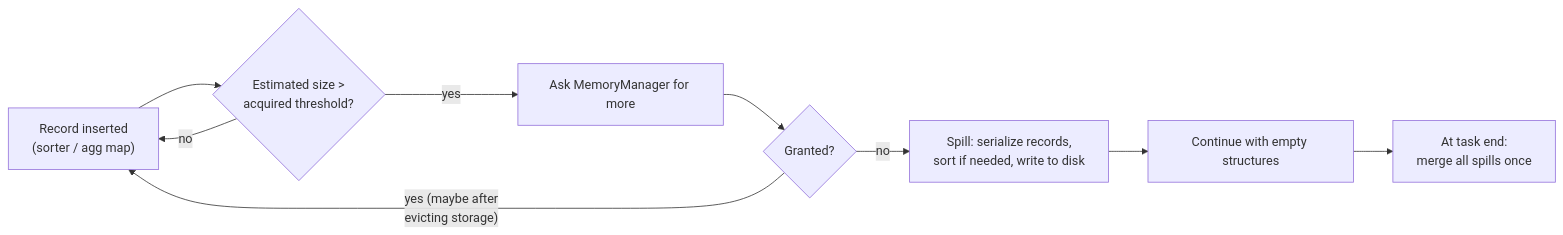
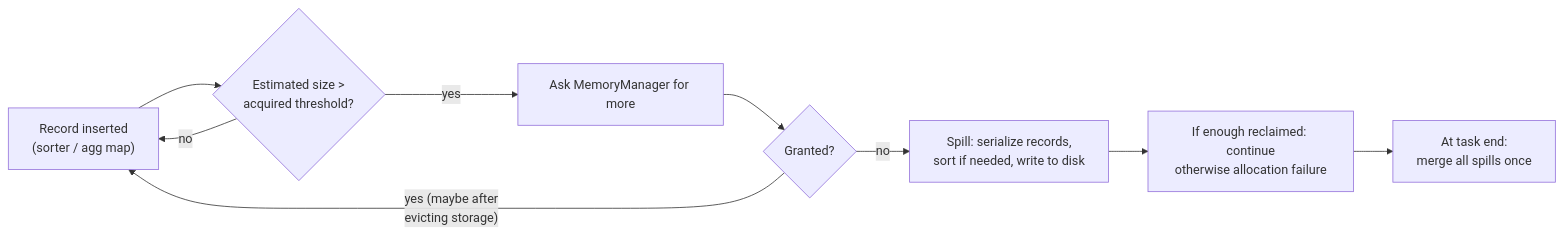
One commit to abhinnaagrawal/system-design-notes changed the second of 2 diagrams in Core Concepts/Spark Internals/02 - Memory Management & Disk Spilling.md. Above: the diagram before and after it, drawn with Mermaid. The commit also changed other lines of this file and 83 other files, not shown here.

````diff
--- a/Core Concepts/Spark Internals/02 - Memory Management & Disk Spilling.md
+++ b/Core Concepts/Spark Internals/02 - Memory Management & Disk Spilling.md
@@ -102,11 +111,11 @@
 ```mermaid
 flowchart LR
     A["Record inserted<br/>(sorter / agg map)"] --> B{"Estimated size ><br/>acquired threshold?"}
     B -->|"no"| A
     B -->|"yes"| C["Ask MemoryManager for more"]
     C --> D{"Granted?"}
     D -->|"yes (maybe after<br/>evicting storage)"| A
     D -->|"no"| E["Spill: serialize records,<br/>sort if needed, write to disk"]
-    E --> F["Continue with empty structures"]
+    E --> F["If enough reclaimed: continue<br/>otherwise allocation failure"]
     F --> G["At task end:<br/>merge all spills once"]
 ```
````
